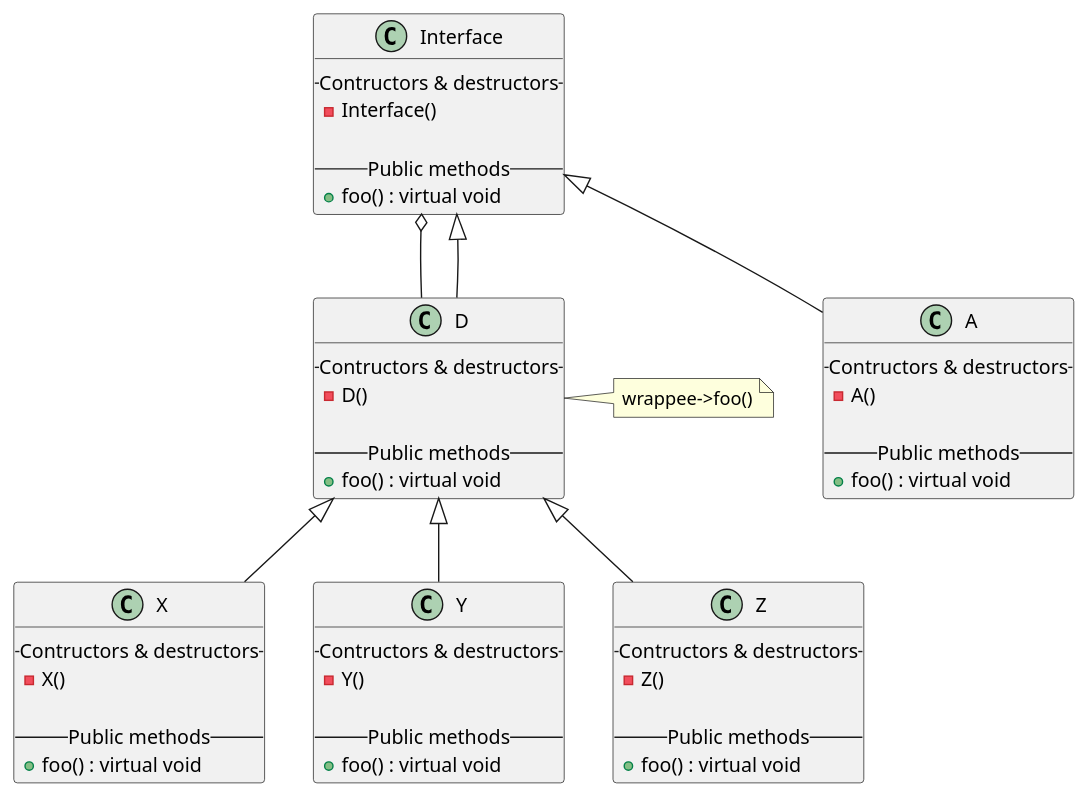
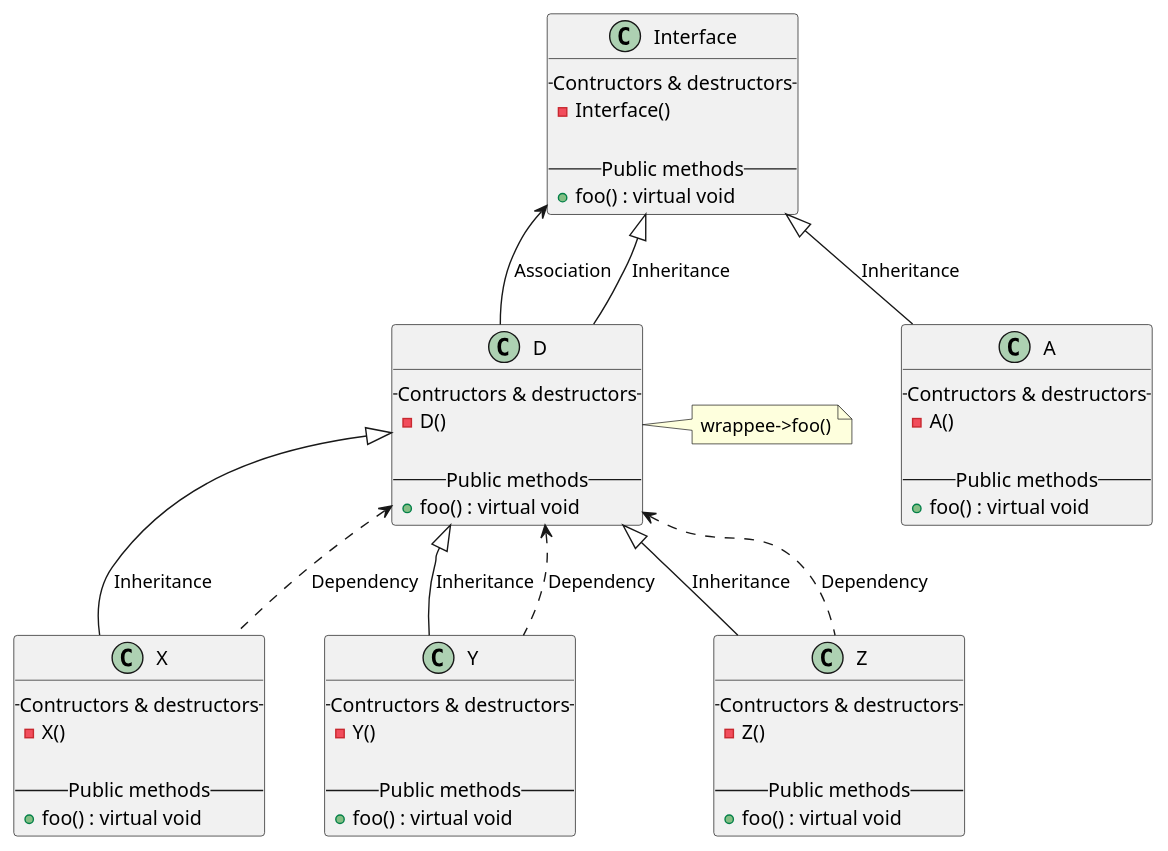
One commit to PhysicsX/DesignPatterns changed the diagram in Structural/DecoratorPattern/Example1/UML/Instance.puml. Above: the diagram before and after it, drawn with PlantUML.

Commit message:
Update uml with dependency

```diff
--- a/Structural/DecoratorPattern/Example1/UML/Instance.puml
+++ b/Structural/DecoratorPattern/Example1/UML/Instance.puml
@@ -1,69 +1,74 @@
 @startuml
 
-Interface <|-- A
-Interface o-- D
-Interface <|-- D
-D <|-- X
-D <|-- Y
-D <|-- Z
+Interface <|-- A: Inheritance
+/'Interface o-- D'/
+Interface <-- D: Association
+Interface <|-- D: Inheritance
+D <|-- X: Inheritance
+D <|-- Y: Inheritance
+D <|-- Z: Inheritance
+
+D <.. X: Dependency
+D <.. Y: Dependency
+D <.. Z: Dependency
 
 note "wrappee->foo()" as n1
 D -right-> n1
 
 class Interface
 {
     -- Contructors & destructors --
     - Interface()
     
     -- Public methods --
     + foo() : virtual void
 }
 
 class A
 {
     -- Contructors & destructors --
     - A()
     
     -- Public methods --
     + foo() : virtual void
 }
 
 class D
 {
     -- Contructors & destructors --
     - D()
     
     -- Public methods --
     + foo() : virtual void
 }
 
 
 class X
 {
     -- Contructors & destructors --
     - X()
     
     -- Public methods --
     + foo() : virtual void
 }
 
 class Y
 {
     -- Contructors & destructors --
     - Y()
     
     -- Public methods --
     + foo() : virtual void
 }
 
 class Z
 {
     -- Contructors & destructors --
     - Z()
     
     -- Public methods --
     + foo() : virtual void
 }
 
 
 @enduml
```
